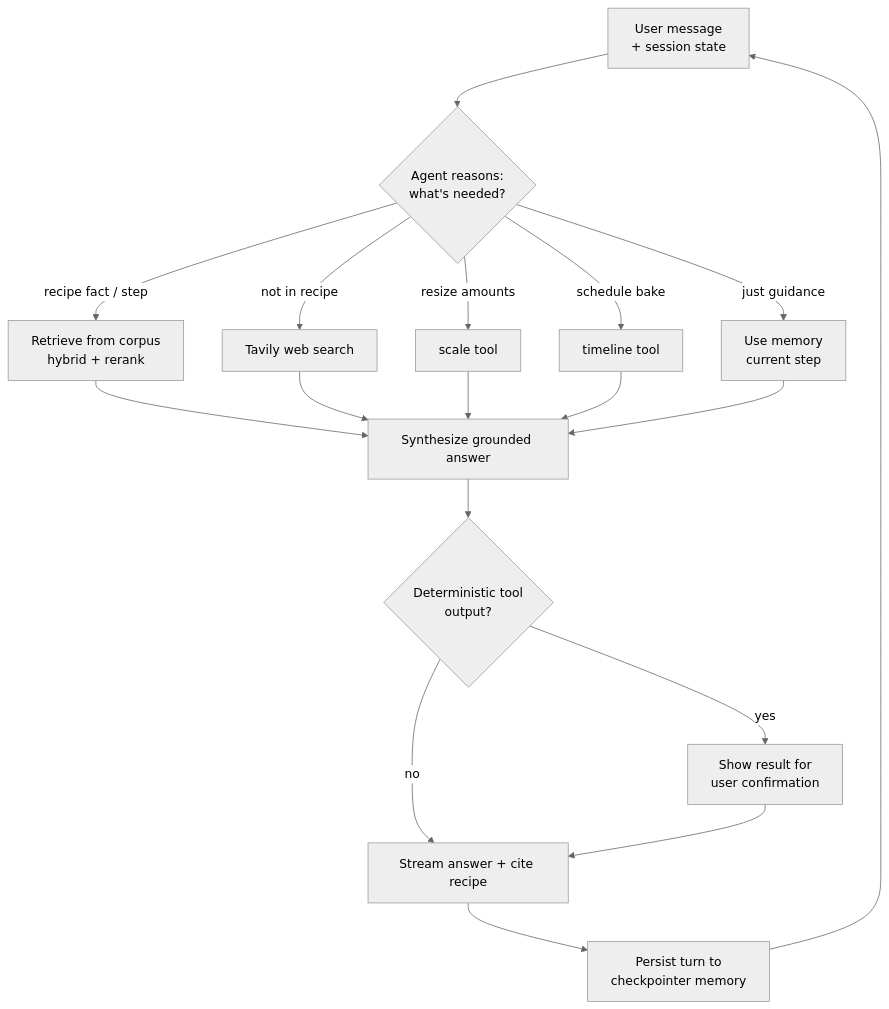
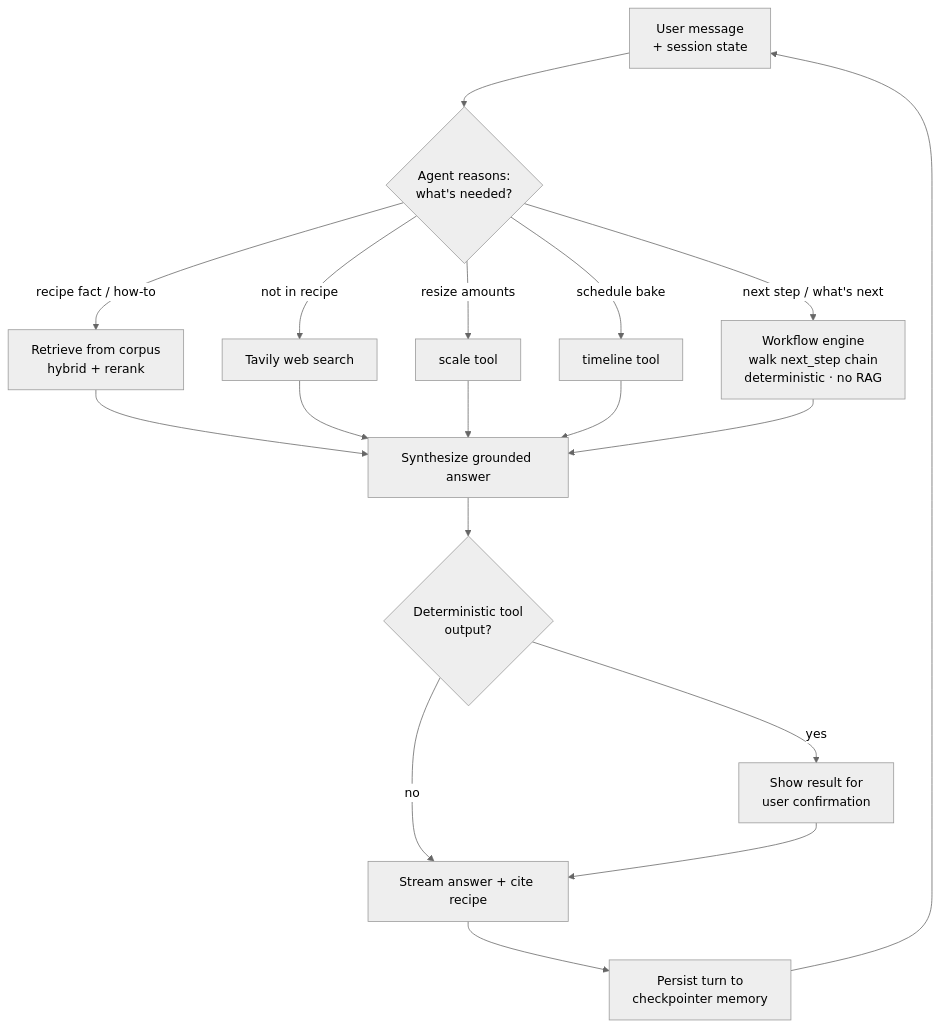
One commit to xx257/bake-me-up changed the second of 2 diagrams in docs/02-solution.md. Above: the diagram before and after it, drawn with Mermaid (neutral theme). The commit also changed other lines of this file and 47 other files, not shown here.

First line of the commit message:
Backend RAG vertical slice + Next.js app

````diff
--- a/docs/02-solution.md
+++ b/docs/02-solution.md
@@ -78,20 +78,20 @@
 ```mermaid
 flowchart TD
     U[User message<br/>+ session state] --> R{Agent reasons:<br/>what's needed?}
-    R -->|recipe fact / step| RET[Retrieve from corpus<br/>hybrid + rerank]
+    R -->|recipe fact / how-to| RET[Retrieve from corpus<br/>hybrid + rerank]
     R -->|not in recipe| TAV[Tavily web search]
     R -->|resize amounts| SC[scale tool]
     R -->|schedule bake| TL[timeline tool]
-    R -->|just guidance| MEMc[Use memory<br/>current step]
+    R -->|next step / what's next| WF[Workflow engine<br/>walk next_step chain<br/>deterministic · no RAG]
     RET --> SYN[Synthesize grounded answer]
     TAV --> SYN
     SC --> SYN
     TL --> SYN
-    MEMc --> SYN
+    WF --> SYN
     SYN --> CHK{Deterministic tool<br/>output?}
     CHK -->|yes| HV[Show result for<br/>user confirmation]
     CHK -->|no| OUT[Stream answer + cite recipe]
     HV --> OUT
     OUT --> SAVE[Persist turn to<br/>checkpointer memory]
     SAVE --> U
 ```
````
